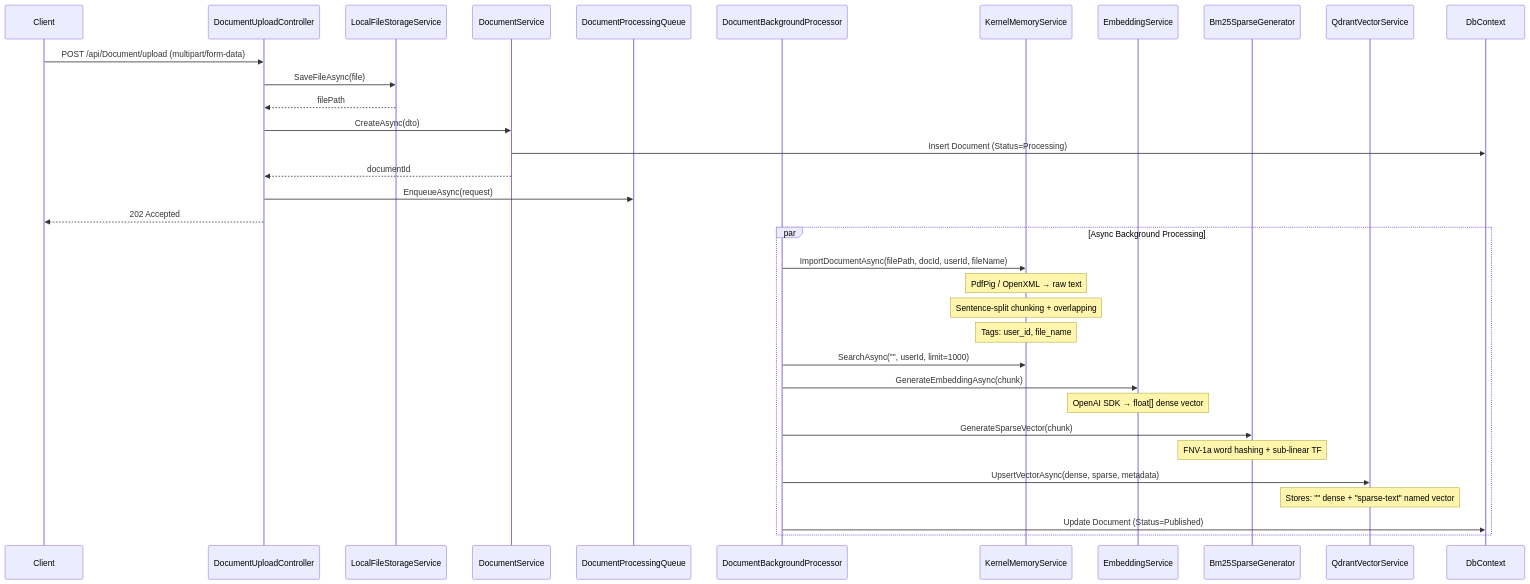
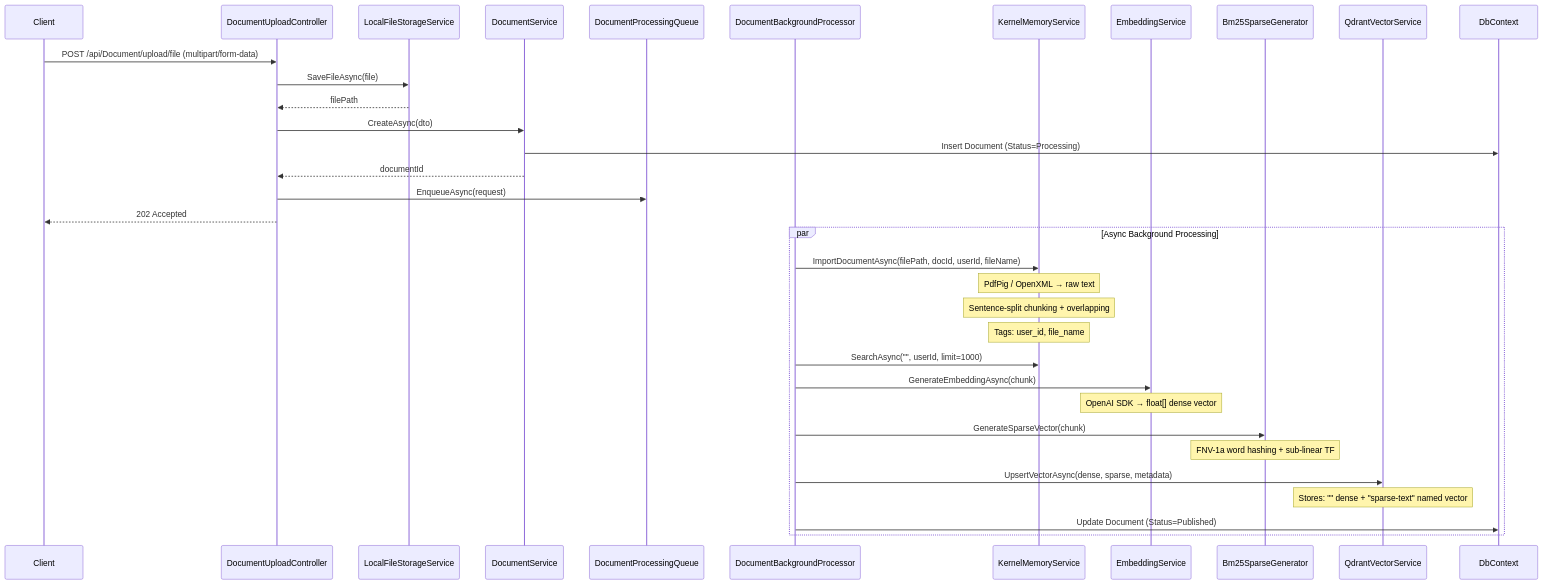
Before and after one commit to SWP391-SU26-SE1923-GROUP5/BE-SWP: the first of 5 diagrams in README.md, drawn with Mermaid. The commit also changed other lines of this file and 3 other files, not shown here.

````diff
--- a/README.md
+++ b/README.md
@@ -76,40 +76,40 @@
 ```mermaid
 sequenceDiagram
     participant Client
     participant Ctrl as DocumentUploadController
     participant Storage as LocalFileStorageService
     participant DocSvc as DocumentService
     participant Queue as DocumentProcessingQueue
     participant Proc as DocumentBackgroundProcessor
     participant KM as KernelMemoryService
     participant Embed as EmbeddingService
     participant Sparse as Bm25SparseGenerator
     participant Qdrant as QdrantVectorService
     participant DB as DbContext
 
-    Client->>Ctrl: POST /api/Document/upload (multipart/form-data)
+    Client->>Ctrl: POST /api/Document/upload/file (multipart/form-data)
     Ctrl->>Storage: SaveFileAsync(file)
     Storage-->>Ctrl: filePath
     Ctrl->>DocSvc: CreateAsync(dto)
     DocSvc->>DB: Insert Document (Status=Processing)
     DocSvc-->>Ctrl: documentId
     Ctrl->>Queue: EnqueueAsync(request)
     Ctrl-->>Client: 202 Accepted
 
     par Async Background Processing
         Proc->>KM: ImportDocumentAsync(filePath, docId, userId, fileName)
         Note over KM: PdfPig / OpenXML → raw text
         Note over KM: Sentence-split chunking + overlapping
         Note over KM: Tags: user_id, file_name
 
         Proc->>KM: SearchAsync("", userId, limit=1000)
         Proc->>Embed: GenerateEmbeddingAsync(chunk)
         Note over Embed: OpenAI SDK → float[] dense vector
         Proc->>Sparse: GenerateSparseVector(chunk)
         Note over Sparse: FNV-1a word hashing + sub-linear TF
         Proc->>Qdrant: UpsertVectorAsync(dense, sparse, metadata)
         Note over Qdrant: Stores: "" dense + "sparse-text" named vector
 
         Proc->>DB: Update Document (Status=Published)
     end
 ```
````
